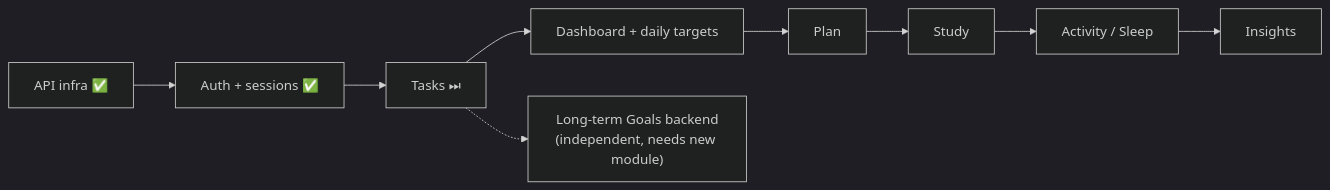
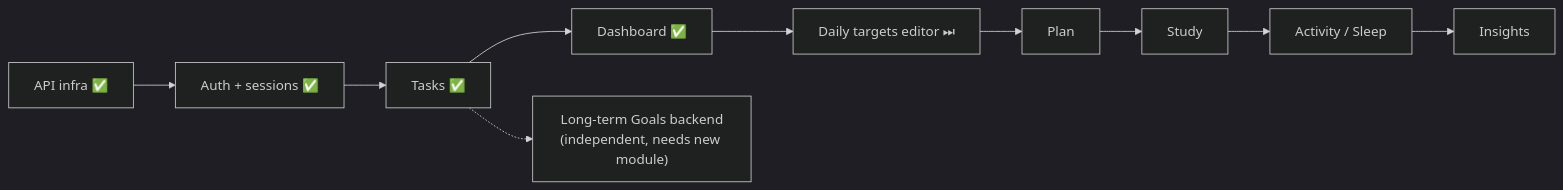
Before and after one commit to Gaoher-1207/omnia: the diagram in docs/omnia-vault/Decisions/Mock First API Migration.md, drawn with Mermaid (dark theme). The commit also changed 33 other files, not shown here.

Commit message:
Integrate Dashboard with backend API

````diff
--- a/docs/omnia-vault/Decisions/Mock First API Migration.md
+++ b/docs/omnia-vault/Decisions/Mock First API Migration.md
@@ -34,5 +34,5 @@
 ```mermaid
 flowchart LR
-    P1["API infra ✅"] --> P2["Auth + sessions ✅"] --> P3["Tasks ⏭"] --> P4["Dashboard + daily targets"] --> P5["Plan"] --> P6["Study"] --> P7["Activity / Sleep"] --> P8["Insights"]
+    P1["API infra ✅"] --> P2["Auth + sessions ✅"] --> P3["Tasks ✅"] --> P4["Dashboard ✅"] --> P5["Daily targets editor ⏭"] --> P6["Plan"] --> P7["Study"] --> P8["Activity / Sleep"] --> P9["Insights"]
     P3 -.-> PX["Long-term Goals backend<br/>(independent, needs new module)"]
 ```
````
